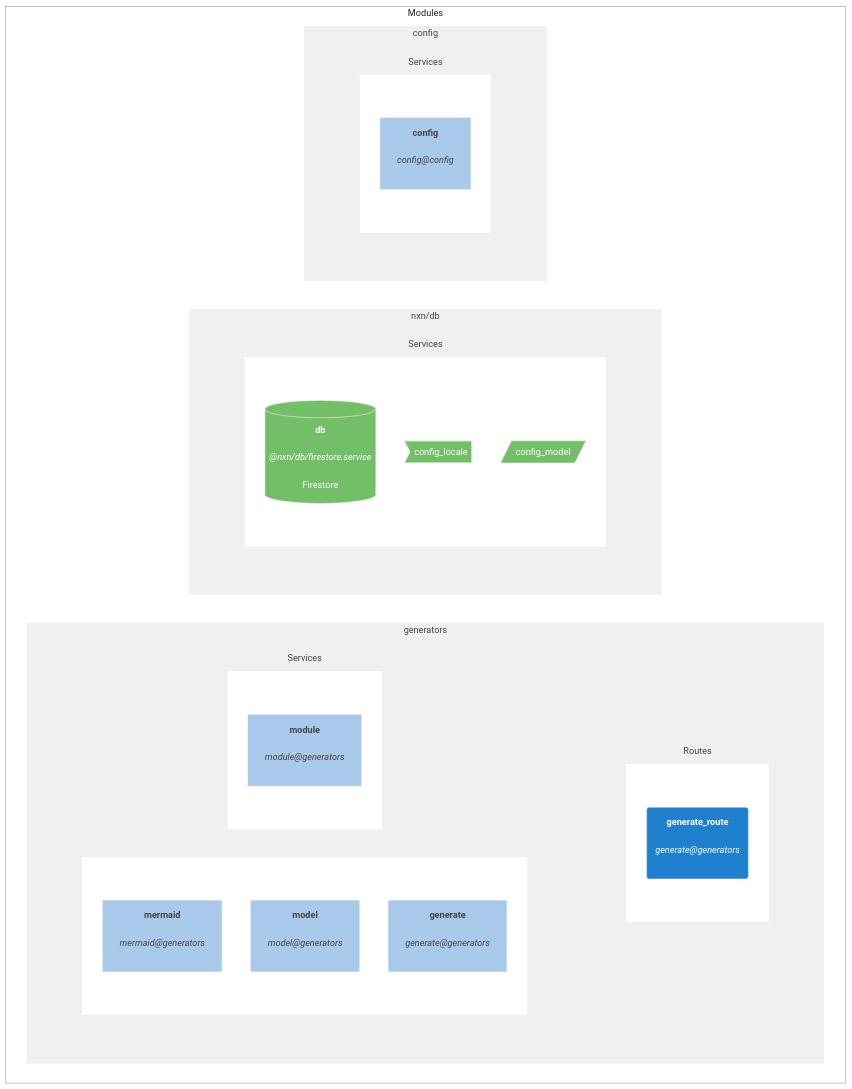
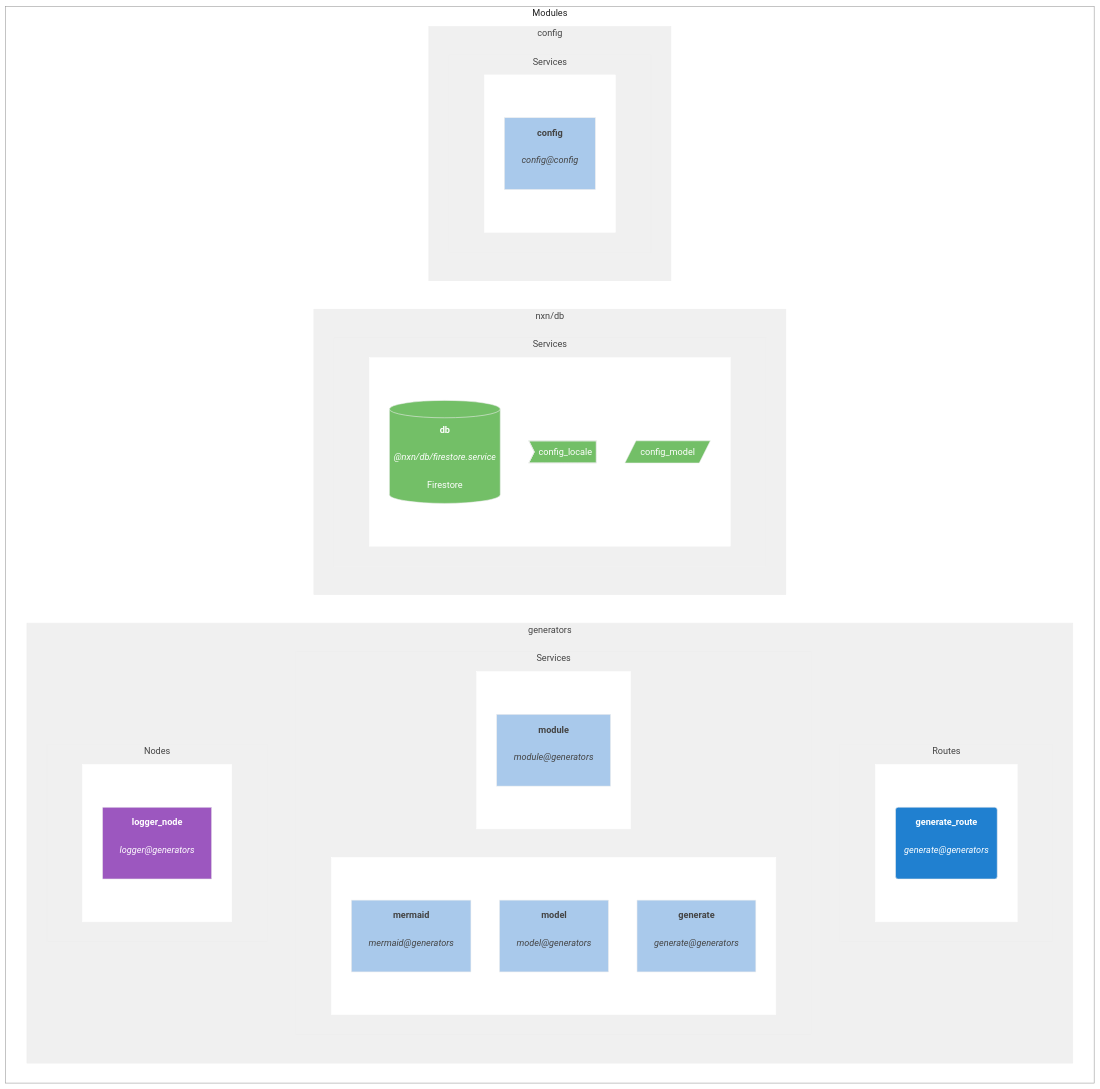
Before and after one commit to franck-yvetot/nxn-cli: the diagram in client_data/default/config_default.modules.README.mmd, drawn with Mermaid (neutral theme). The commit also changed 2 other files, not shown here.

Commit message:
added mermaid node filtering

```diff
--- a/client_data/default/config_default.modules.README.mmd
+++ b/client_data/default/config_default.modules.README.mmd
@@ -1,103 +1,117 @@
 graph TB;
 
 subgraph Modules
     direction LR;
     classDef nodeCls fill:#9C57BF,stroke:#eee,color:#fff
     classDef routeCls fill:#2080D0,stroke:#eee,color:#fff
     classDef nodCls fill:#9C57BF,stroke:#eee,color:#fff
     classDef serviceCls fill:#A9C9EB,stroke:#eee,color:#444
     classDef dataCls fill:#73BF67,stroke:#eee,color:#fff
     classDef localeCls fill:#73BF67,stroke:#eee,color:#fff
 
 subgraph generators
 direction TB;
 
 subgraph generators:routes["Routes"]
 direction LR;
 
 subgraph generators_routes1
 direction TB;
     generate_route_doc("<b>generate_route</b><br><br><i>generate@generators</i><br><br>"):::routeCls
 
 end
 style generators_routes1 fill:#fff,stroke:#fff,color:#fff
 
 end
 style generators:routes fill:#f0f0f0,stroke:#eee,color:#444
 
 
 subgraph generators:services["Services"]
 direction LR;
 
 subgraph generators_services1
 direction TB;
     mermaid_doc["<b>mermaid</b><br><br><i>mermaid@generators</i><br><br>"]:::serviceCls
 
     model_doc["<b>model</b><br><br><i>model@generators</i><br><br>"]:::serviceCls
 
     generate_doc["<b>generate</b><br><br><i>generate@generators</i><br><br>"]:::serviceCls
 
 end
 style generators_services1 fill:#fff,stroke:#fff,color:#fff
 
 
 subgraph generators_services2
 direction TB;
     module_doc["<b>module</b><br><br><i>module@generators</i><br><br>"]:::serviceCls
 
 end
 style generators_services2 fill:#fff,stroke:#fff,color:#fff
 
 end
 style generators:services fill:#f0f0f0,stroke:#eee,color:#444
 
+
+subgraph generators:nodes["Nodes"]
+direction LR;
+
+subgraph generators_nodes1
+direction TB;
+    logger_node_doc["<b>logger_node</b><br><br><i>logger@generators</i><br><br>"]:::nodeCls
+
+end
+style generators_nodes1 fill:#fff,stroke:#fff,color:#fff
+
+end
+style generators:nodes fill:#f0f0f0,stroke:#eee,color:#444
+
 end
 style generators fill:#f0f0f0,stroke:#eee,color:#444
 
 
 
 subgraph nxn/db
 direction TB;
 
 subgraph nxn/db:services["Services"]
 direction LR;
 
 subgraph nxn/db_services1
 direction TB;
     db_doc[("<b>db</b><br><br><i>@nxn/db/firestore.service</i><br><br>Firestore")]:::dataCls
 
     config_locale_doc>"config_locale"]:::localeCls
 
     config_model_doc[/"config_model"/]:::dataCls
 
 end
 style nxn/db_services1 fill:#fff,stroke:#fff,color:#fff
 
 end
 style nxn/db:services fill:#f0f0f0,stroke:#eee,color:#444
 
 end
 style nxn/db fill:#f0f0f0,stroke:#eee,color:#444
 
 
 
 subgraph config
 direction TB;
 
 subgraph config:services["Services"]
 direction LR;
 
 subgraph config_services1
 direction TB;
     config_doc["<b>config</b><br><br><i>config@config</i><br><br>"]:::serviceCls
 
 end
 style config_services1 fill:#fff,stroke:#fff,color:#fff
 
 end
 style config:services fill:#f0f0f0,stroke:#eee,color:#444
 
 end
 style config fill:#f0f0f0,stroke:#eee,color:#444
 end
 style Modules fill:#fff,stroke:#999,color:#222
```
